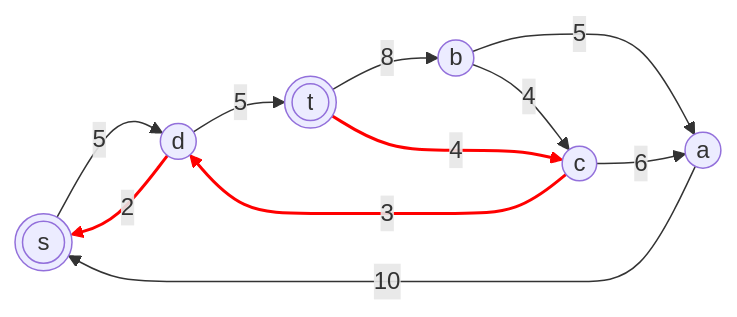
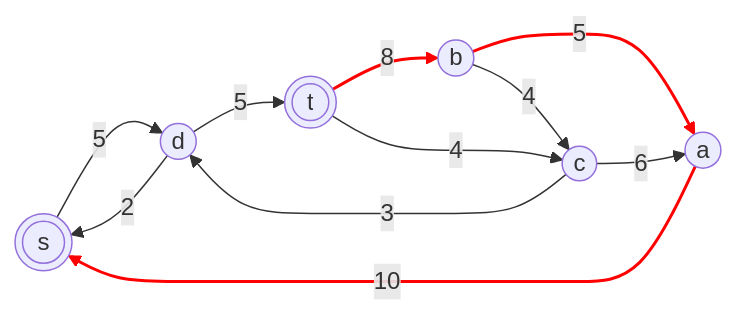
The sixth of 21 diagrams in Задание 16/Rehash.md (hse-algo-psapr-25/manual-tasks), drawn with Mermaid before and after one commit. The commit also changed other lines of this file, not shown here.

````diff
--- a/Задание 16/Rehash.md
+++ b/Задание 16/Rehash.md
@@ -130,22 +137,22 @@
 ```mermaid
 graph LR
     s(((s)))
     a((a))
     b((b))
     c((c))
     d((d))
     t(((t)))
 
     b -->|4| c
     b -->|5| a
     d -->|5| t
     d -->|2| s
     c -->|3| d
     c -->|6| a
     s -->|5| d
     a -->|10| s
     t -->|8| b
     t -->|4| c
 
-    linkStyle 3,4,9 stroke:red,stroke-width:2px
+    linkStyle 1,8,7 stroke:red,stroke-width:2px
 ```
````
